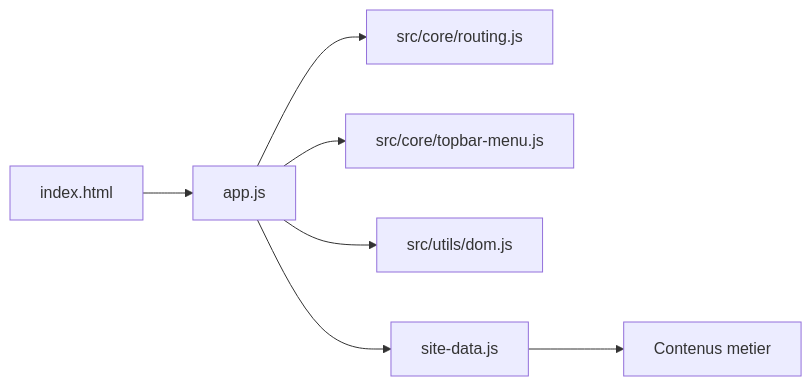
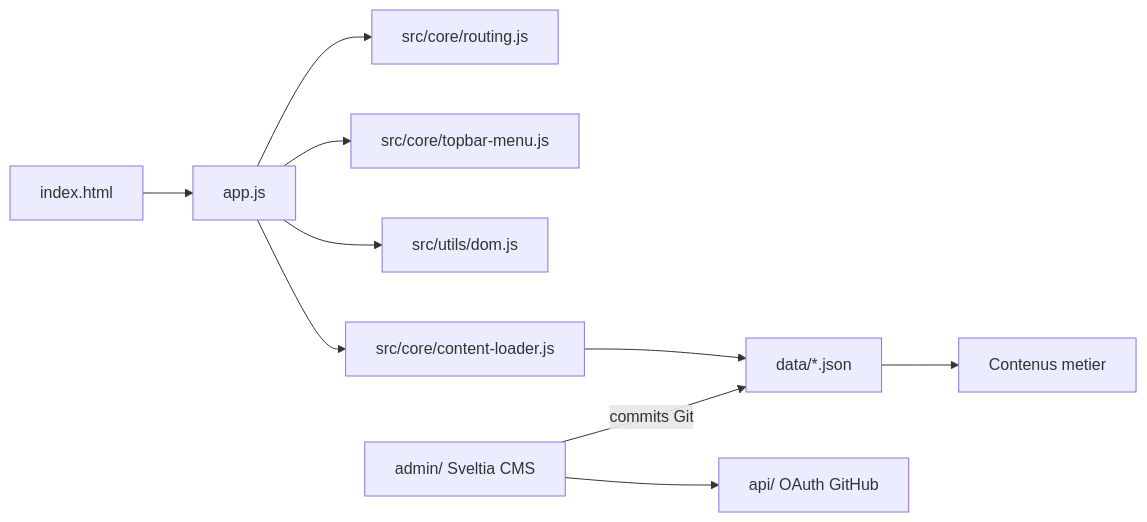
One commit to Alexandre-Rupp/Site-Asa-Prenois-Bourgogne changed the diagram in README.md. Above: the diagram before and after it, drawn with Mermaid. The commit also changed other lines of this file and 3 other files, not shown here.

First line of the commit message:
docs: guide CMS et mise a jour de l'architecture (data/, admin/, api/)

````diff
--- a/README.md
+++ b/README.md
@@ -68,9 +75,12 @@
 ```mermaid
 flowchart LR
   A[index.html] --> B[app.js]
   B --> C[src/core/routing.js]
   B --> D[src/core/topbar-menu.js]
   B --> E[src/utils/dom.js]
-  B --> F[site-data.js]
+  B --> H[src/core/content-loader.js]
+  H --> F[data/*.json]
   F --> G[Contenus metier]
+  I[admin/ Sveltia CMS] -->|commits Git| F
+  I --> J[api/ OAuth GitHub]
 ```
````
